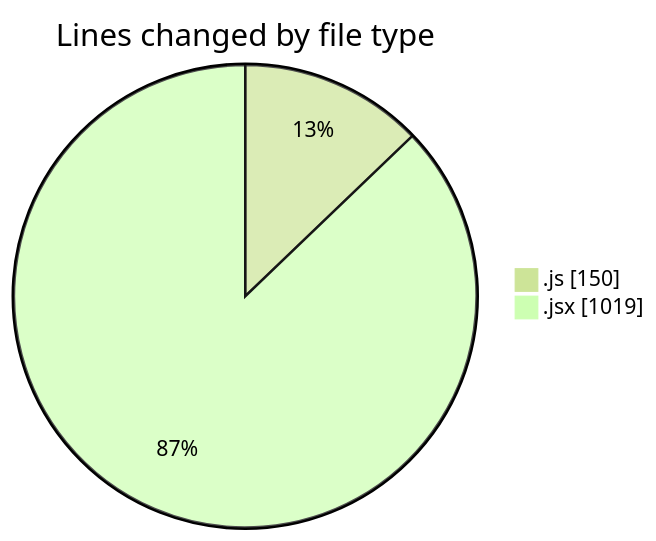
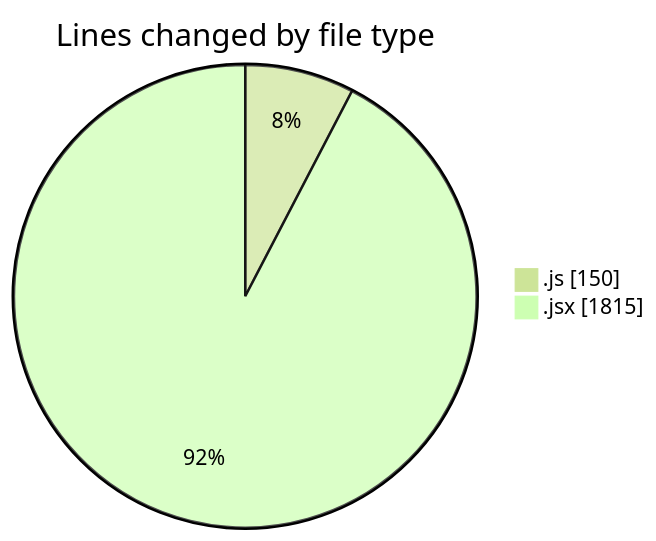
One commit to nxtqubesakshisongat/code-tracking changed the first of 2 diagrams in 2025-07-28/nxtqube_webapp/README.md. Above: the diagram before and after it, drawn with Mermaid (forest theme). The commit also changed other lines of this file and 1 other file, not shown here.

````diff
--- a/2025-07-28/nxtqube_webapp/README.md
+++ b/2025-07-28/nxtqube_webapp/README.md
@@ -23,6 +27,6 @@
 ```mermaid
 pie showData
 title Lines changed by file type
 ".js" : 150
-".jsx" : 1019
+".jsx" : 1815
 ```
````
